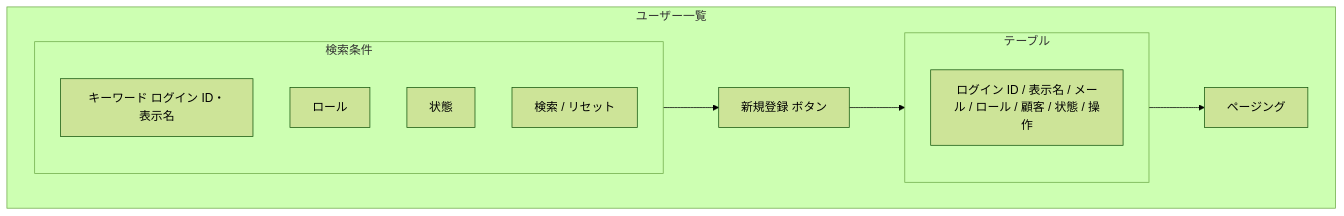
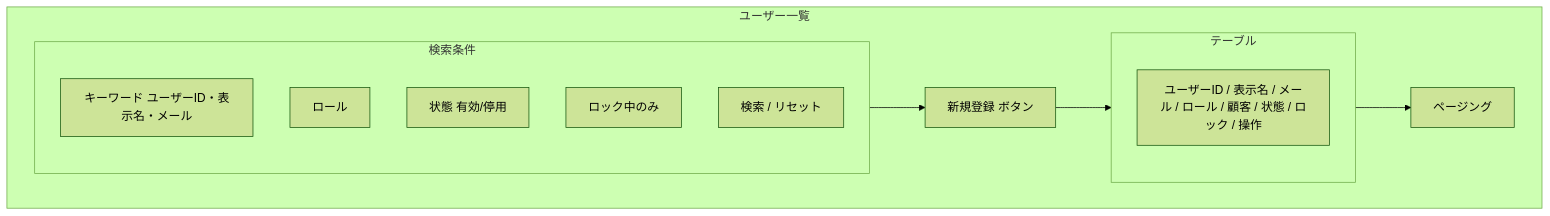
The fourth of 8 diagrams in docs/基本設計/業務設計/user/spec-user-screen-ui.md (quyangboxjob/DDMSAA), drawn with Mermaid (forest theme) before and after one commit. The commit also changed other lines of this file and 48 other files, not shown here.

````diff
--- a/docs/基本設計/業務設計/user/spec-user-screen-ui.md
+++ b/docs/基本設計/業務設計/user/spec-user-screen-ui.md
@@ -121,17 +123,18 @@
 ```mermaid
 flowchart TB
   subgraph P[ユーザー一覧]
     subgraph S[検索条件]
-      S1[キーワード ログイン ID・表示名]
+      S1[キーワード ユーザーID・表示名・メール]
       S2[ロール]
-      S3[状態]
-      S4[検索 / リセット]
+      S3[状態 有効/停用]
+      S4[ロック中のみ]
+      S5[検索 / リセット]
     end
     A[新規登録 ボタン]
     subgraph T[テーブル]
-      TH[ログイン ID / 表示名 / メール / ロール / 顧客 / 状態 / 操作]
+      TH[ユーザーID / 表示名 / メール / ロール / 顧客 / 状態 / ロック / 操作]
     end
     PG[ページング]
   end
   S --> A --> T --> PG
 ```
````
